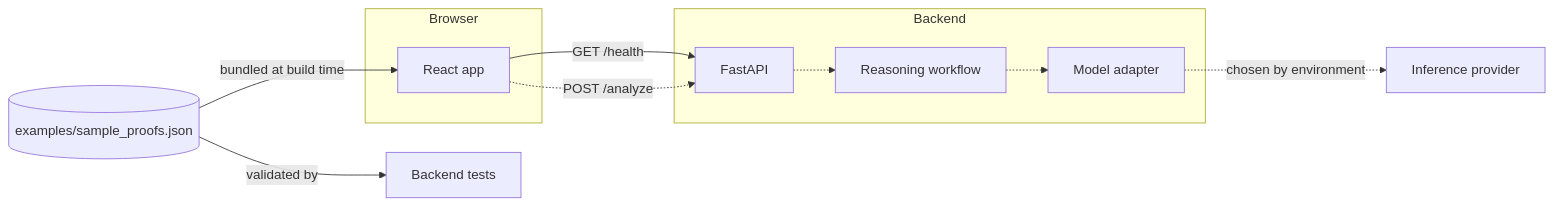
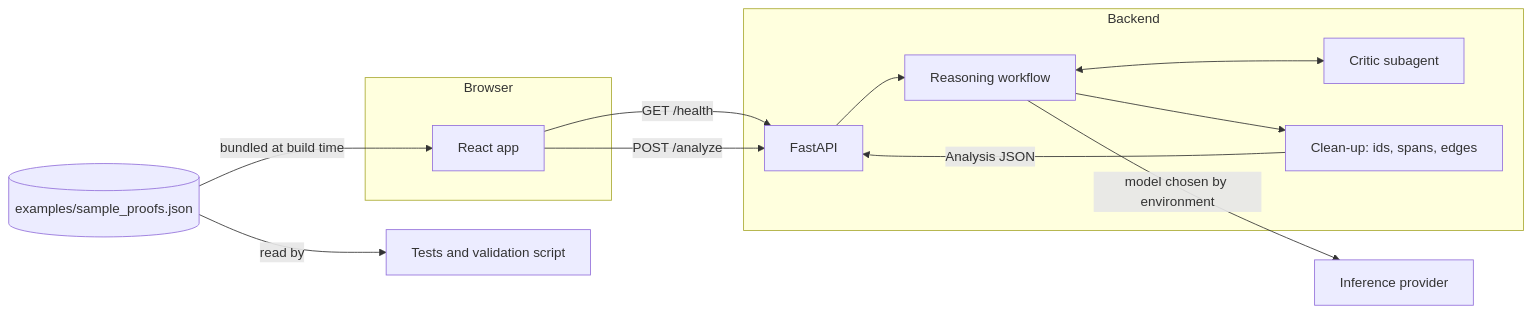
One commit to bvazrala/Hetu changed the diagram in README.md. Above: the diagram before and after it, drawn with Mermaid. The commit also changed other lines of this file and 19 other files, not shown here.

Commit message:
Add analysis backend, Deep Agents workflow, and live Inspect

````diff
--- a/README.md
+++ b/README.md
@@ -76,22 +82,25 @@
 ```mermaid
 flowchart LR
     subgraph Browser
         UI[React app]
     end
     subgraph Backend
         API[FastAPI]
         WF[Reasoning workflow]
-        AD[Model adapter]
+        CR[Critic subagent]
+        CL["Clean-up: ids, spans, edges"]
     end
     FX[("examples/sample_proofs.json")]
-    TS[Backend tests]
+    TS[Tests and validation script]
     PR[Inference provider]
 
     FX -->|"bundled at build time"| UI
-    FX -->|"validated by"| TS
+    FX -->|"read by"| TS
     UI -->|"GET /health"| API
-    UI -.->|"POST /analyze"| API
-    API -.-> WF
-    WF -.-> AD
-    AD -.->|"chosen by environment"| PR
+    UI -->|"POST /analyze"| API
+    API --> WF
+    WF <--> CR
+    WF -->|"model chosen by environment"| PR
+    WF --> CL
+    CL -->|"Analysis JSON"| API
 ```
````
